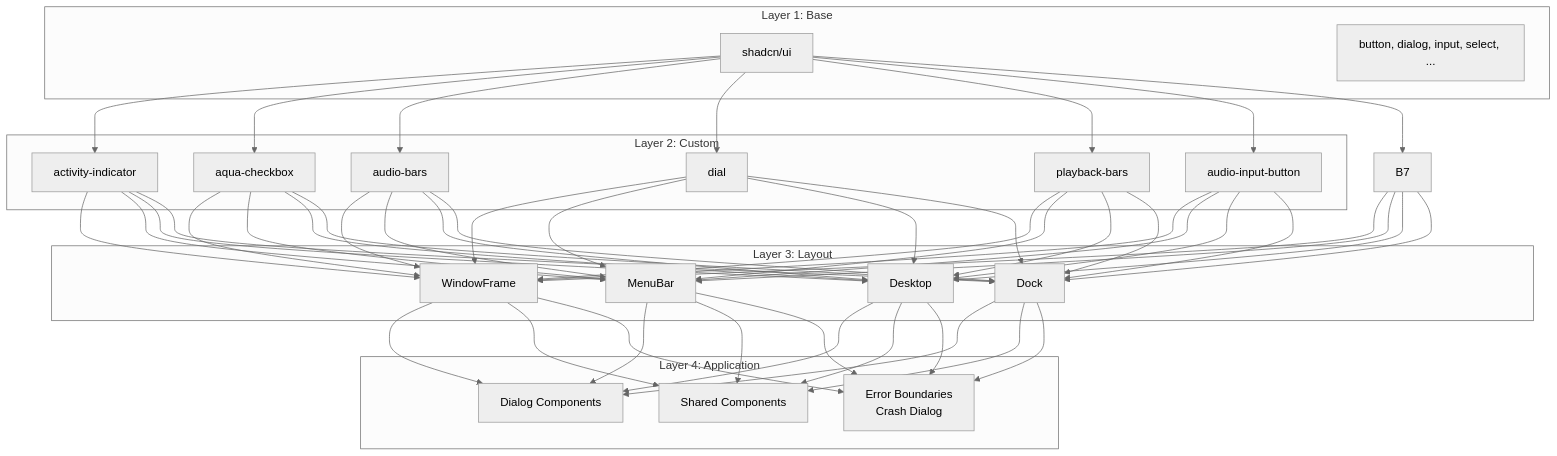
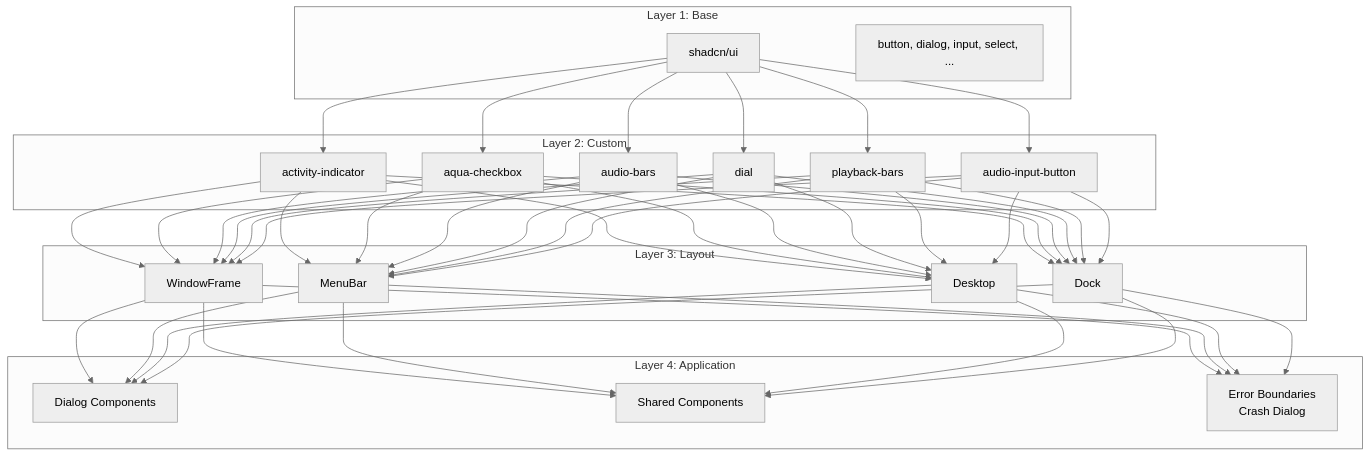
One commit to ryokun6/ryos changed the second of 2 diagrams in docs/7-ui-components.md. Above: the diagram before and after it, drawn with Mermaid (neutral theme). The commit also changed other lines of this file and 60 other files, not shown here.

````diff
--- a/docs/7-ui-components.md
+++ b/docs/7-ui-components.md
@@ -57,33 +61,33 @@
 ```mermaid
 graph TD
     subgraph Layer 4: Application
         D1[Dialog Components]
         D2[Shared Components]
         D3[Error Boundaries<br/>Crash Dialog]
     end
     
     subgraph Layer 3: Layout
         C1[WindowFrame]
         C2[MenuBar]
         C3[Desktop]
         C4[Dock]
     end
     
     subgraph Layer 2: Custom
         B1[activity-indicator]
         B2[aqua-checkbox]
         B3[audio-bars]
         B4[dial]
         B5[playback-bars]
         B6[audio-input-button]
     end
     
     subgraph Layer 1: Base
         A1[shadcn/ui]
         A2[button, dialog, input, select, ...]
     end
     
-    A1 --> B1 & B2 & B3 & B4 & B5 & B6 & B7
-    B1 & B2 & B3 & B4 & B5 & B6 & B7 --> C1 & C2 & C3 & C4
+    A1 --> B1 & B2 & B3 & B4 & B5 & B6
+    B1 & B2 & B3 & B4 & B5 & B6 --> C1 & C2 & C3 & C4
     C1 & C2 & C3 & C4 --> D1 & D2 & D3
 ```
````
